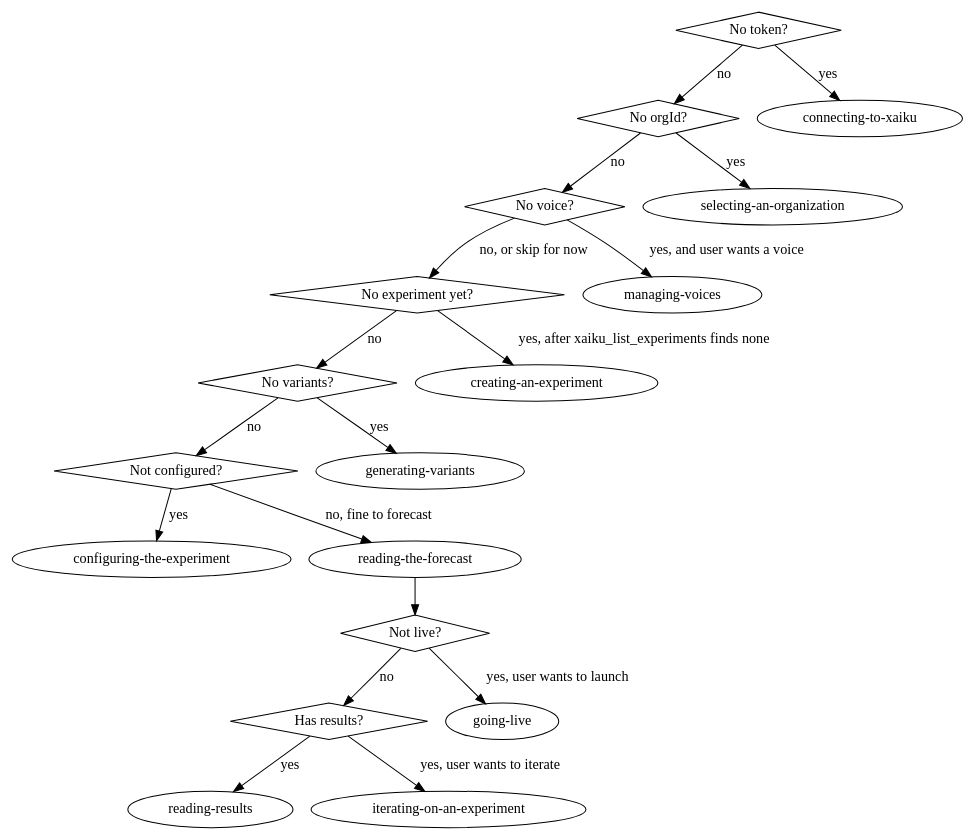
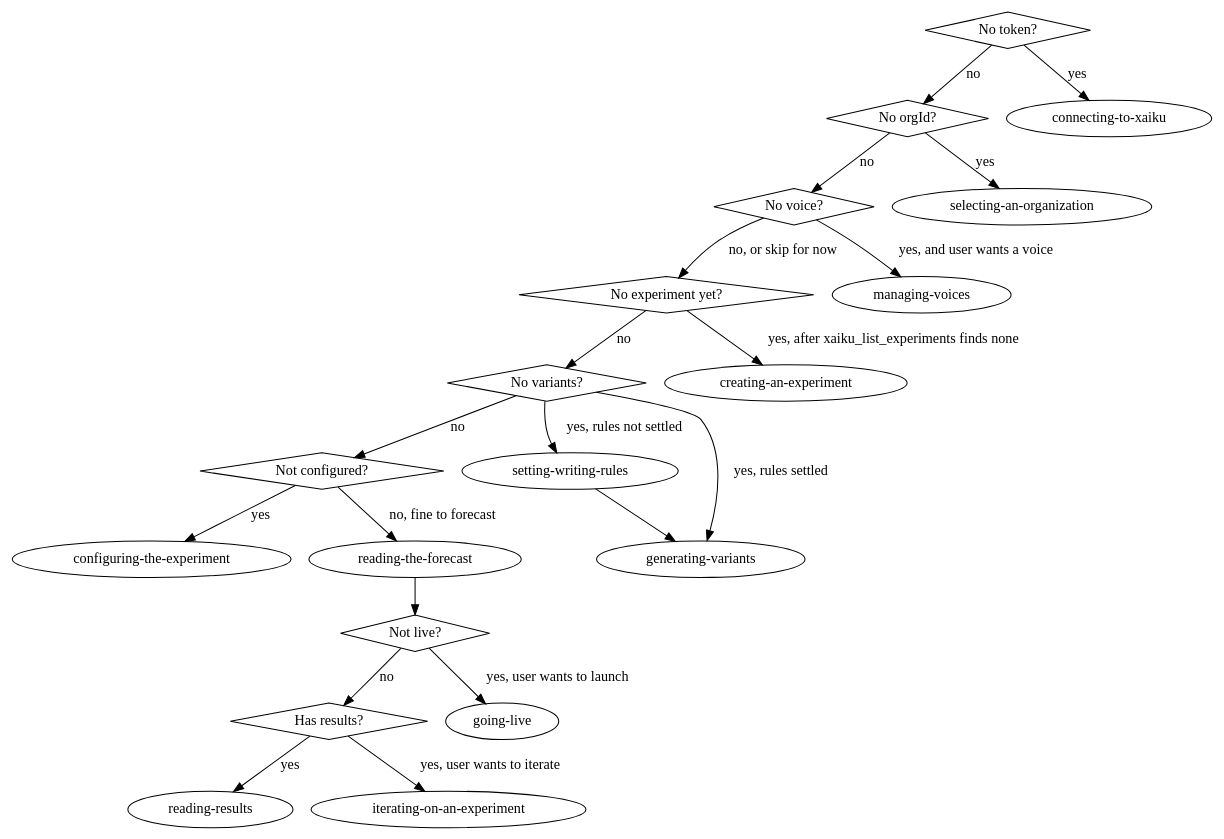
Before and after one commit to novykh/xaiku-sdk: the diagram in packages/agent-plugin/skills/using-xaiku/SKILL.md, drawn with Graphviz. The commit also changed other lines of this file and 2 other files, not shown here.

Commit message:
docs(plugin): setting-writing-rules teaches casing, we/I, banned words and formats through the voice toolkit

````diff
--- a/packages/agent-plugin/skills/using-xaiku/SKILL.md
+++ b/packages/agent-plugin/skills/using-xaiku/SKILL.md
@@ -29,30 +29,32 @@
 ```dot
 digraph routing {
   "No token?" [shape=diamond];
   "No orgId?" [shape=diamond];
   "No voice?" [shape=diamond];
   "No experiment yet?" [shape=diamond];
   "No variants?" [shape=diamond];
   "Not configured?" [shape=diamond];
   "Not live?" [shape=diamond];
   "Has results?" [shape=diamond];
 
   "No token?" -> "connecting-to-xaiku" [label="yes"];
   "No token?" -> "No orgId?" [label="no"];
   "No orgId?" -> "selecting-an-organization" [label="yes"];
   "No orgId?" -> "No voice?" [label="no"];
   "No voice?" -> "managing-voices" [label="yes, and user wants a voice"];
   "No voice?" -> "No experiment yet?" [label="no, or skip for now"];
   "No experiment yet?" -> "creating-an-experiment" [label="yes, after xaiku_list_experiments finds none"];
   "No experiment yet?" -> "No variants?" [label="no"];
-  "No variants?" -> "generating-variants" [label="yes"];
+  "No variants?" -> "setting-writing-rules" [label="yes, rules not settled"];
+  "setting-writing-rules" -> "generating-variants";
+  "No variants?" -> "generating-variants" [label="yes, rules settled"];
   "No variants?" -> "Not configured?" [label="no"];
   "Not configured?" -> "configuring-the-experiment" [label="yes"];
   "Not configured?" -> "reading-the-forecast" [label="no, fine to forecast"];
   "reading-the-forecast" -> "Not live?";
   "Not live?" -> "going-live" [label="yes, user wants to launch"];
   "Not live?" -> "Has results?" [label="no"];
   "Has results?" -> "reading-results" [label="yes"];
   "Has results?" -> "iterating-on-an-experiment" [label="yes, user wants to iterate"];
 }
 ```
````
